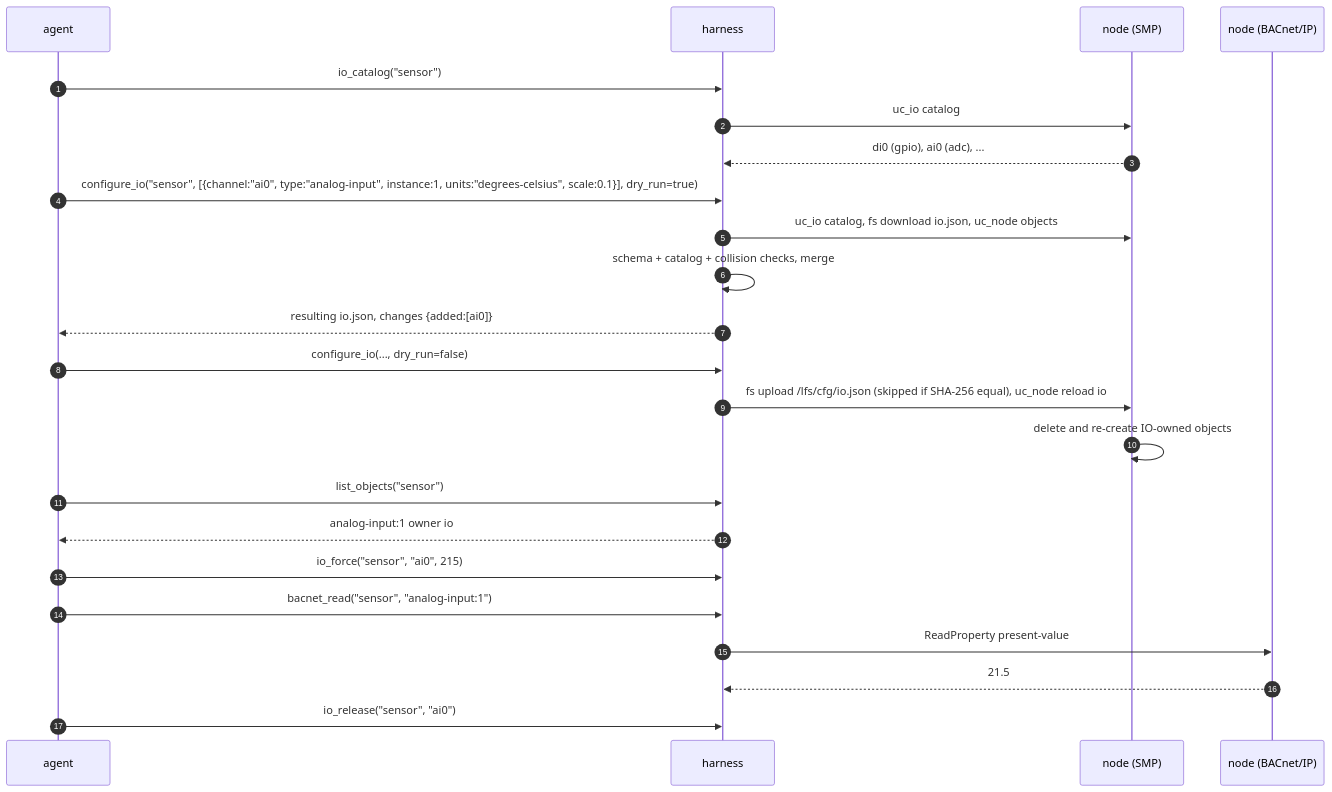
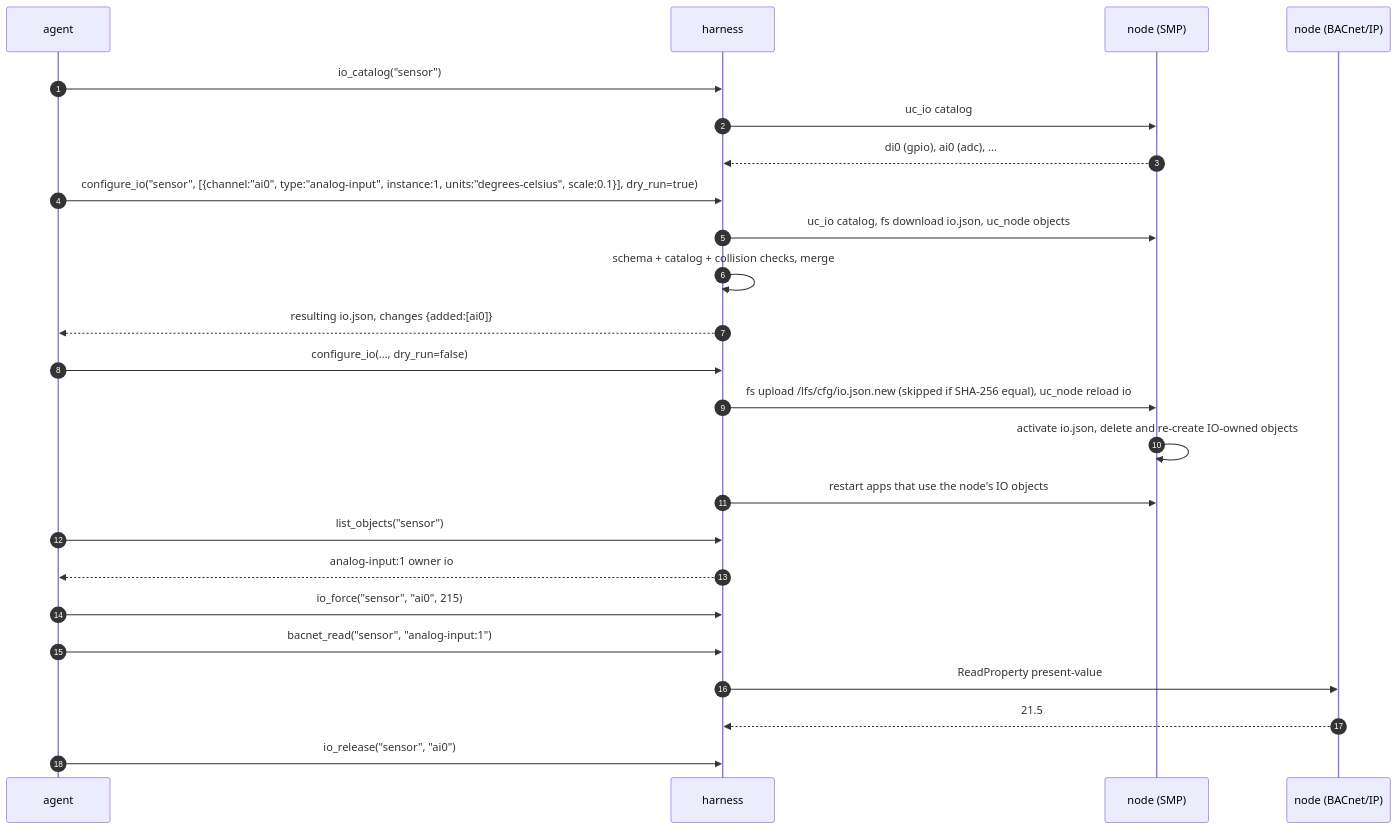
Before and after one commit to IlijaVorontsov/BACNet-uc: the third of 8 diagrams in docs/harness-mcp.md, drawn with Mermaid. The commit also changed other lines of this file and 120 other files, not shown here.

````diff
--- a/docs/harness-mcp.md
+++ b/docs/harness-mcp.md
@@ -252,25 +252,26 @@
 ```mermaid
 sequenceDiagram
     autonumber
     participant A as agent
     participant H as harness
     participant N as node (SMP)
     participant B as node (BACnet/IP)
     A->>H: io_catalog("sensor")
     H->>N: uc_io catalog
     N-->>H: di0 (gpio), ai0 (adc), ...
     A->>H: configure_io("sensor", [{channel:"ai0", type:"analog-input", instance:1, units:"degrees-celsius", scale:0.1}], dry_run=true)
     H->>N: uc_io catalog, fs download io.json, uc_node objects
     H->>H: schema + catalog + collision checks, merge
     H-->>A: resulting io.json, changes {added:[ai0]}
     A->>H: configure_io(..., dry_run=false)
-    H->>N: fs upload /lfs/cfg/io.json (skipped if SHA-256 equal), uc_node reload io
-    N->>N: delete and re-create IO-owned objects
+    H->>N: fs upload /lfs/cfg/io.json.new (skipped if SHA-256 equal), uc_node reload io
+    N->>N: activate io.json, delete and re-create IO-owned objects
+    H->>N: restart apps that use the node's IO objects
     A->>H: list_objects("sensor")
     H-->>A: analog-input:1 owner io
     A->>H: io_force("sensor", "ai0", 215)
     A->>H: bacnet_read("sensor", "analog-input:1")
     H->>B: ReadProperty present-value
     B-->>H: 21.5
     A->>H: io_release("sensor", "ai0")
 ```
````
